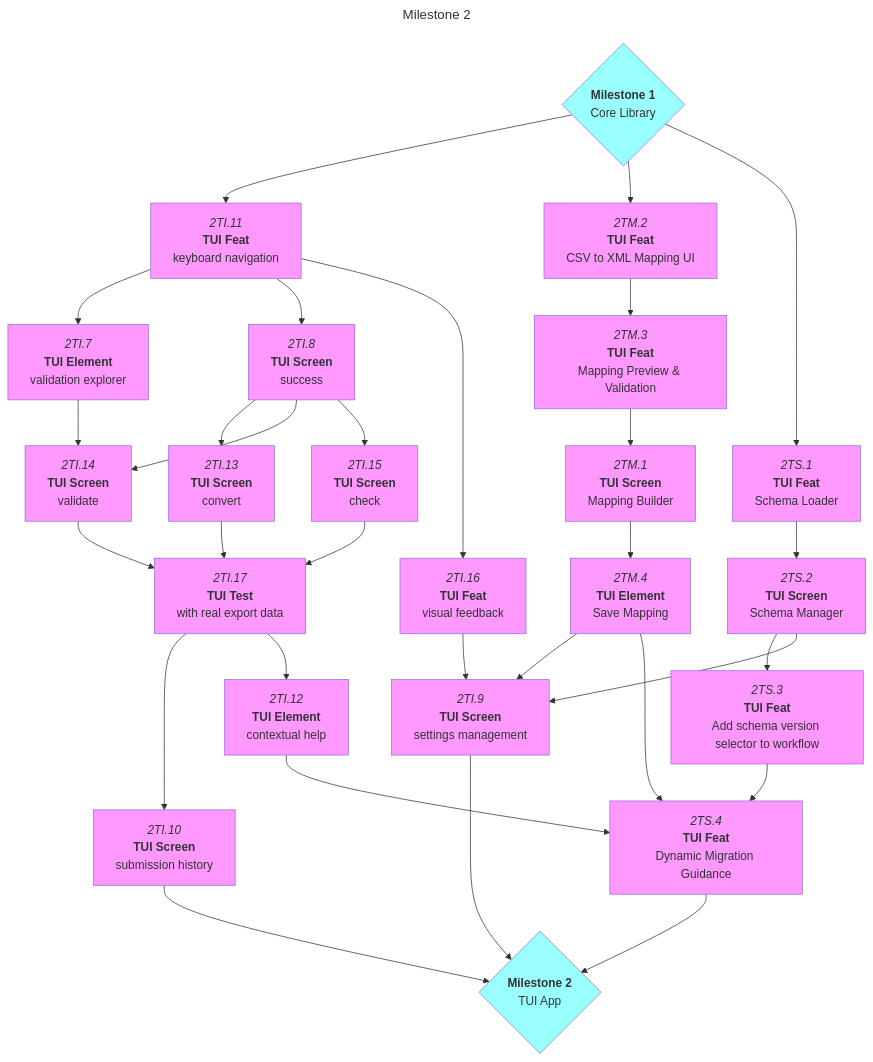
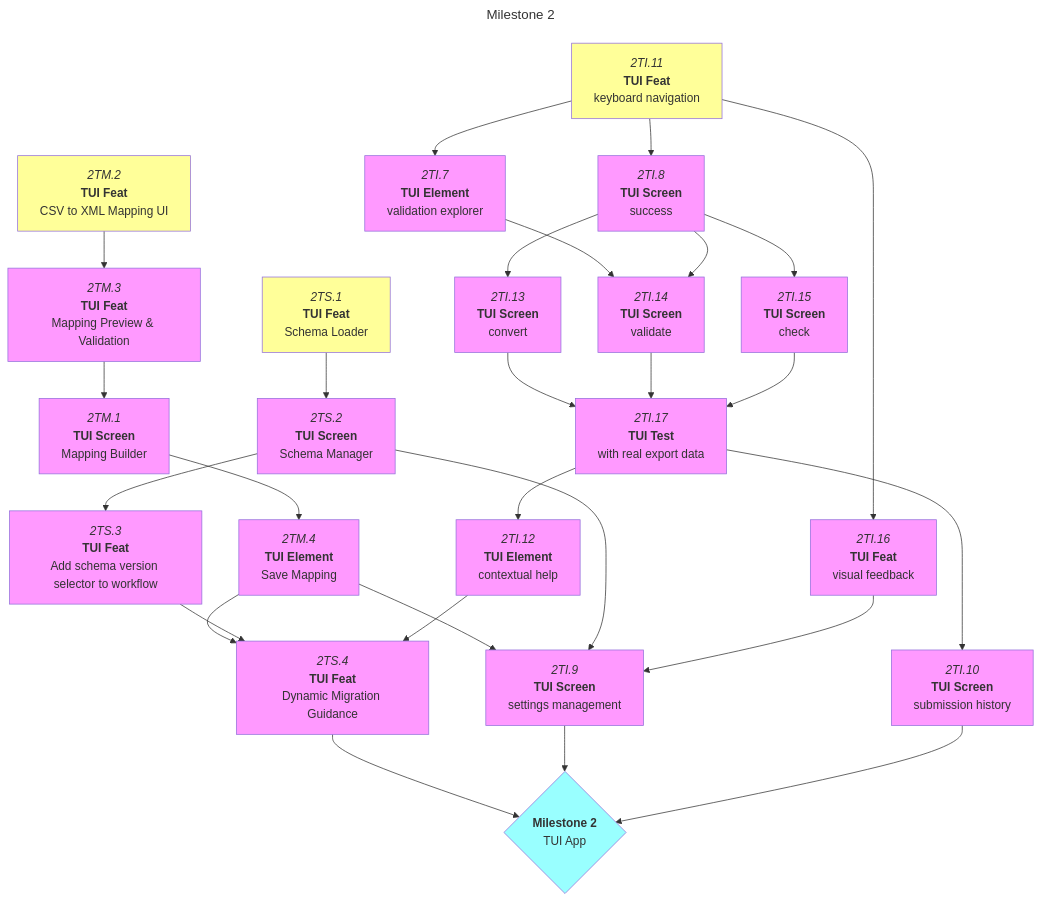
One commit to foundersandcoders/iris changed the second of 6 diagrams in docs/roadmaps/mvp.md. Above: the diagram before and after it, drawn with Mermaid. The commit also changed other lines of this file, not shown here.

Commit message:
docs: update roadmap

````diff
--- a/docs/roadmaps/mvp.md
+++ b/docs/roadmaps/mvp.md
@@ -148,36 +144,35 @@
 ```mermaid
 ---
 title: Milestone 2
 ---
 graph TD
 
-%m1{"`**Milestone 1**<br/>Core Library`"}:::mile --> 2TI.11 & 2TM.2 & 2TS.1
+2TI.11["`*2TI.11*<br/>**TUI Feat**<br/>keyboard navigation`"]:::open --> 2TI.7 & 2TI.8 & 2TI.16
+2TM.2["`*2TM.2*<br/>**TUI Feat**<br/>CSV to XML Mapping UI`"]:::open --> 2TM.3
+2TS.1["`*2TS.1*<br/>**TUI Feat**<br/>Schema Loader`"]:::open --> 2TS.2
 
-2TM.2["`*2TM.2*<br/>**TUI Feat**<br/>CSV to XML Mapping UI`"] --> 2TM.3
 2TM.3["`*2TM.3*<br/>**TUI Feat**<br/>Mapping Preview & Validation`"] --> 2TM.1
 2TM.1["`*2TM.1*<br/>**TUI Screen**<br/>Mapping Builder`"] --> 2TM.4
 2TM.4["`*2TM.4*<br/>**TUI Element**<br/>Save Mapping`"] --> 2TI.9 & 2TS.4
 
-2TS.1["`*2TS.1*<br/>**TUI Feat**<br/>Schema Loader`"] --> 2TS.2
 2TS.2["`*2TS.2*<br/>**TUI Screen**<br/>Schema Manager`"] --> 2TS.3 & 2TI.9
 2TS.3["`*2TS.3*<br/>**TUI Feat**<br/>Add schema version selector to workflow`"] --> 2TS.4
 2TS.4["`*2TS.4*<br/>**TUI Feat**<br/>Dynamic Migration Guidance`"] --> m2
 
 2TI.7["`*2TI.7*<br/>**TUI Element**<br/>validation explorer`"] --> 2TI.14
 2TI.8["`*2TI.8*<br/>**TUI Screen**<br/>success`"] --> 2TI.13 & 2TI.14 & 2TI.15
 2TI.9["`*2TI.9*<br/>**TUI Screen**<br/>settings management`"] --> m2
 2TI.10["`*2TI.10*<br/>**TUI Screen**<br/>submission history`"] --> m2
-2TI.11["`*2TI.11*<br/>**TUI Feat**<br/>keyboard navigation`"] --> 2TI.7 & 2TI.8 & 2TI.16
 2TI.12["`*2TI.12*<br/>**TUI Element**<br/>contextual help`"] --> 2TS.4
 2TI.13["`*2TI.13*<br/>**TUI Screen**<br/>convert`"] --> 2TI.17
 2TI.14["`*2TI.14*<br/>**TUI Screen**<br/>validate`"] --> 2TI.17
 2TI.15["`*2TI.15*<br/>**TUI Screen**<br/>check`"] --> 2TI.17
 2TI.16["`*2TI.16*<br/>**TUI Feat**<br/>visual feedback`"] --> 2TI.9
 2TI.17["`*2TI.17*<br/>**TUI Test**<br/>with real export data`"] --> 2TI.10 & 2TI.12
 
 m2{"`**Milestone 2**<br/>TUI App`"}:::mile
 
 classDef default,blocked fill:#f9f;
 classDef open fill:#ff9;
 classDef mile fill:#9ff;
 ```
````
